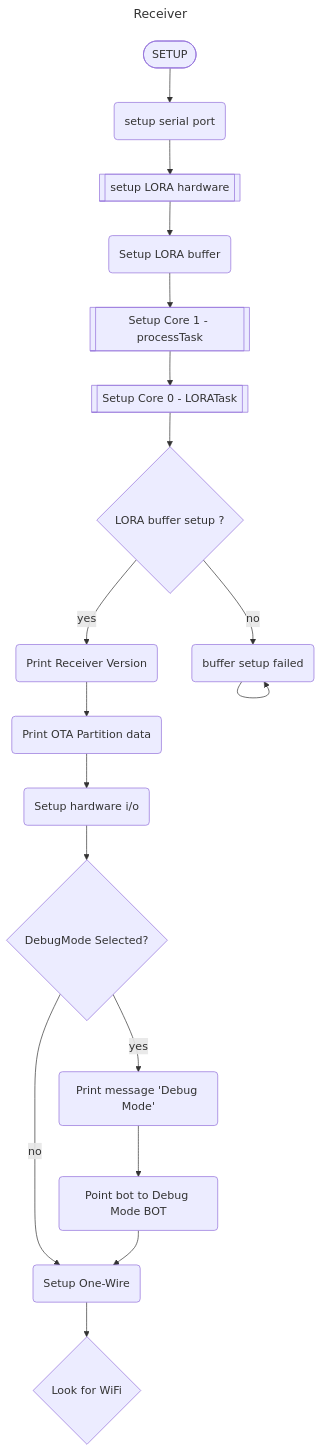
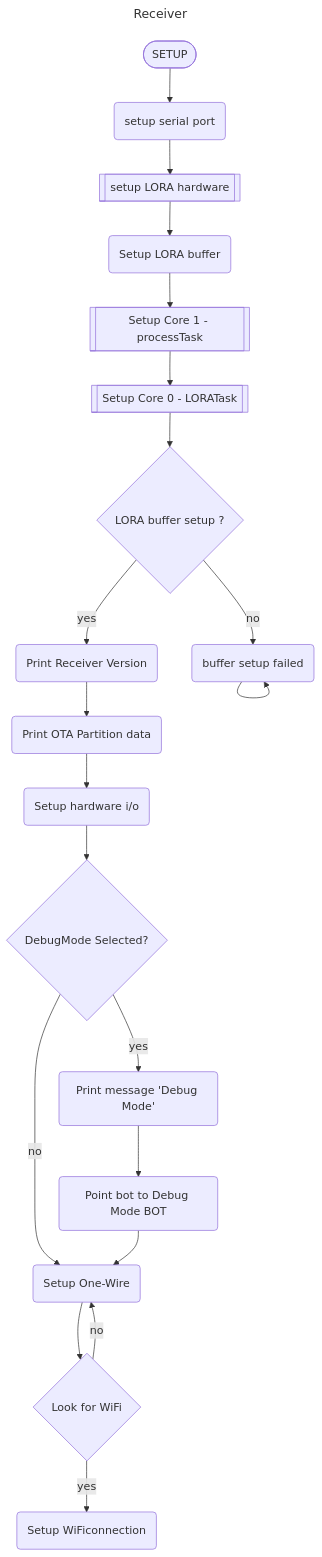
The diagram in Documentation/FlowChart/Recever.mmd (GilboaCode/Gilboa_Water_Temp), drawn with Mermaid before and after one commit. The commit also changed other lines of this file, not shown here.

Commit message:
Add WiFi connection setup to flowchart

```diff
--- a/Documentation/FlowChart/Recever.mmd
+++ b/Documentation/FlowChart/Recever.mmd
@@ -1,21 +1,23 @@
 ---
 title: Receiver
 ---
 flowchart TB
     A(["SETUP"]) --> B("setup serial port")
     B --> G[["setup LORA hardware"]]
     G --> C("Setup LORA buffer")
     C --> E[["Setup Core 1 - processTask"]]
     E --> F[["Setup Core 0 - LORATask"]]
     F --> D{"LORA buffer setup ?"}
     D -- no --> H("buffer setup failed")
     H --> H
     D -- yes --> J("Print Receiver Version")
     J --> 8a("Print OTA Partition data")
     8a --> L("Setup hardware i/o")
     L --> 10a{"DebugMode Selected?"}
     10a -- no --> aa(("aa"))
     10a -- yes--> 10b("Print message 'Debug Mode'")
     10b --> 10c("Point bot to Debug Mode BOT")
     10c -->aa("Setup One-Wire") 
     aa-->10d{Look for WiFi} 
+    10d-- no -->aa
+    10d--yes-->23a("Setup WiFiconnection")
```
